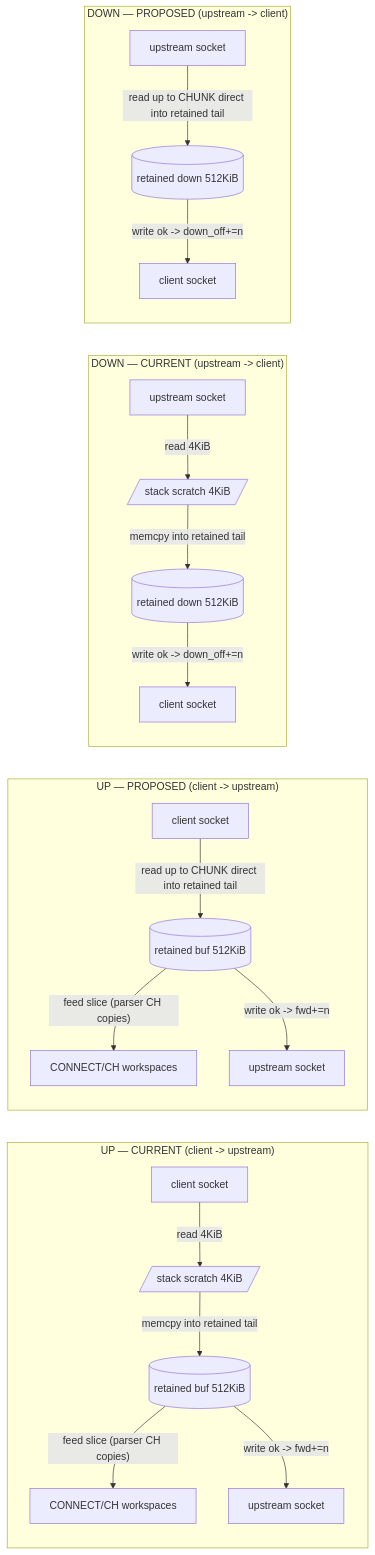
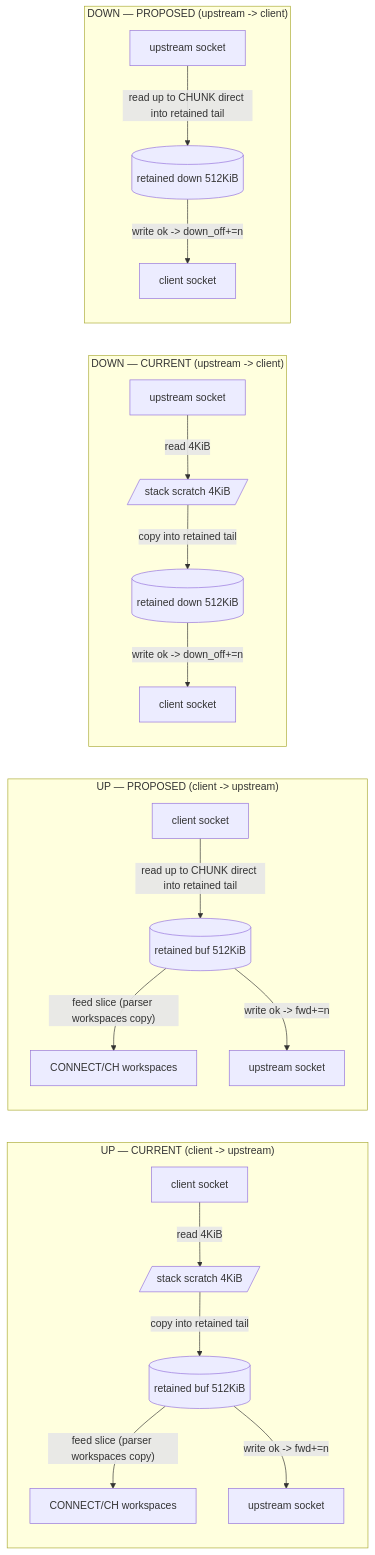
One commit to acje/alumina changed the diagram in docs/reduced-copy-relay-plan.md. Above: the diagram before and after it, drawn with Mermaid. The commit also changed other lines of this file, not shown here.

First line of the commit message:
docs: refine reduced-copy relay plan against actual bimodal source

````diff
--- a/docs/reduced-copy-relay-plan.md
+++ b/docs/reduced-copy-relay-plan.md
@@ -299,23 +303,23 @@
 ```mermaid
 flowchart LR
     subgraph UpCurrent["UP — CURRENT (client -> upstream)"]
         C1[client socket] -- "read 4KiB" --> S1[/stack scratch 4KiB/]
-        S1 -- "memcpy into retained tail" --> B1[(retained buf 512KiB)]
-        B1 -- "feed slice (parser CH copies)" --> P1[CONNECT/CH workspaces]
+        S1 -- "copy into retained tail" --> B1[(retained buf 512KiB)]
+        B1 -- "feed slice (parser workspaces copy)" --> P1[CONNECT/CH workspaces]
         B1 -- "write ok -> fwd+=n" --> U1[upstream socket]
     end
     subgraph UpProposed["UP — PROPOSED (client -> upstream)"]
         C2[client socket] -- "read up to CHUNK direct into retained tail" --> B2[(retained buf 512KiB)]
-        B2 -- "feed slice (parser CH copies)" --> P2[CONNECT/CH workspaces]
+        B2 -- "feed slice (parser workspaces copy)" --> P2[CONNECT/CH workspaces]
         B2 -- "write ok -> fwd+=n" --> U2[upstream socket]
     end
     subgraph DownCurrent["DOWN — CURRENT (upstream -> client)"]
         U3[upstream socket] -- "read 4KiB" --> S3[/stack scratch 4KiB/]
-        S3 -- "memcpy into retained tail" --> B3[(retained down 512KiB)]
+        S3 -- "copy into retained tail" --> B3[(retained down 512KiB)]
         B3 -- "write ok -> down_off+=n" --> C3[client socket]
     end
     subgraph DownProposed["DOWN — PROPOSED (upstream -> client)"]
         U4[upstream socket] -- "read up to CHUNK direct into retained tail" --> B4[(retained down 512KiB)]
         B4 -- "write ok -> down_off+=n" --> C4[client socket]
     end
 ```
````
